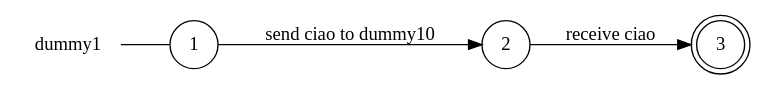
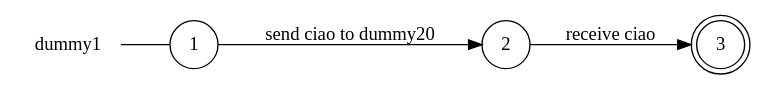
One commit to gabrielegenovese/chorer changed the diagram in examples/async/dummy1_local_view.dot. Above: the diagram before and after it, drawn with Graphviz. The commit also changed 3 other files, not shown here.

```diff
--- a/examples/async/dummy1_local_view.dot
+++ b/examples/async/dummy1_local_view.dot
@@ -1,11 +1,11 @@
 digraph dummy1 {
 	rankdir="LR";
 	n_0 [label="dummy1", shape="plaintext"];
 	n_1 [id="1", shape=circle, label="1"];
 	n_0 -> n_1 [arrowhead=none];
 	n_2 [id="2", shape=circle, label="2"];
 	n_3 [id="3", shape=doublecircle, label="3"];
 
-	n_1 -> n_2 [id="[$e|1]", label="send ciao to dummy10"];
+	n_1 -> n_2 [id="[$e|1]", label="send ciao to dummy20"];
 	n_2 -> n_3 [id="[$e|0]", label="receive ciao"];
 }
```
